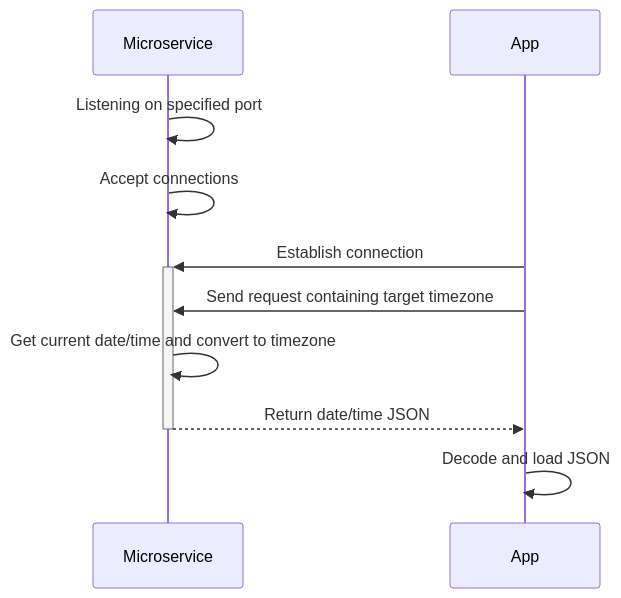
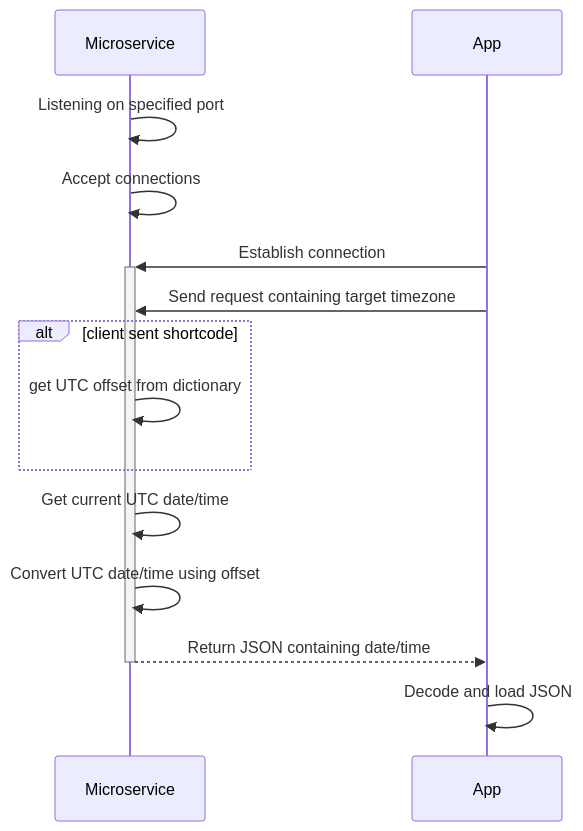
One commit to coltwood93/TimeTeller changed the diagram in README.md. Above: the diagram before and after it, drawn with Mermaid.

Commit message:
Update README.md
added internal methods to microservice

````diff
--- a/README.md
+++ b/README.md
@@ -59,10 +59,14 @@
 ```mermaid
 sequenceDiagram
  Microservice->>Microservice: Listening on specified port
  Microservice->>Microservice: Accept connections
  App->>+Microservice: Establish connection
  App->>Microservice: Send request containing target timezone
- Microservice->>Microservice: Get current date/time and convert to timezone
- Microservice-->>-App: Return date/time JSON
+ alt client sent shortcode
+  Microservice->>Microservice: get UTC offset from dictionary
+ end
+ Microservice->>Microservice: Get current UTC date/time
+ Microservice->>Microservice: Convert UTC date/time using offset
+ Microservice-->>-App: Return JSON containing date/time 
  App->>App: Decode and load JSON
 ```
````
